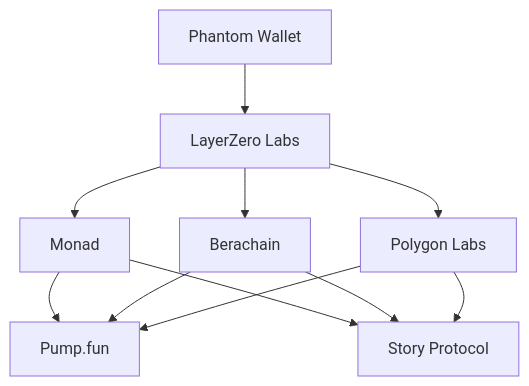
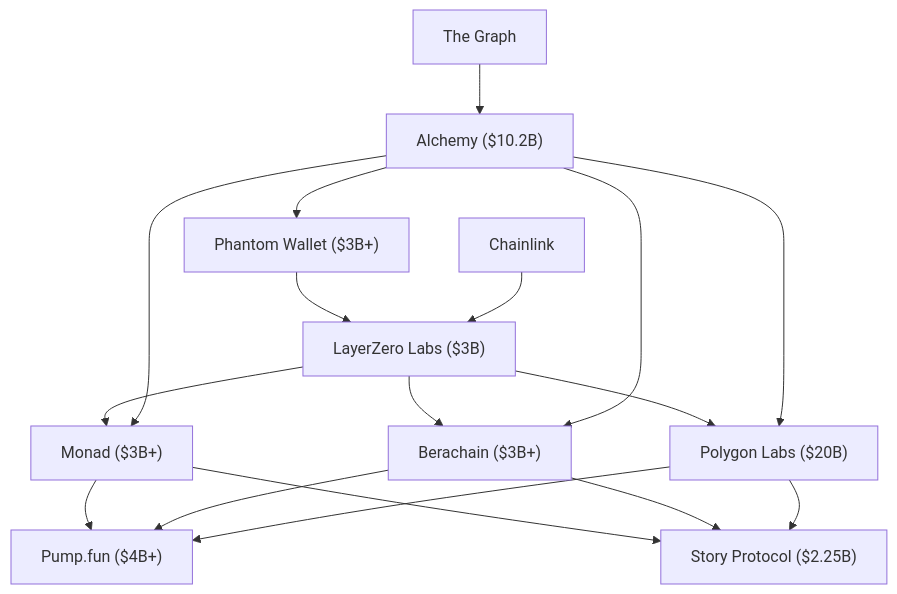
Before and after one commit to allengaller/awesome-startups: the tenth of 10 diagrams in .qoder/repowiki/zh/content/Web3 _ 加密.md, drawn with Mermaid. The commit also changed other lines of this file and 20 other files, not shown here.

````diff
--- a/.qoder/repowiki/zh/content/Web3 _ 加密.md
+++ b/.qoder/repowiki/zh/content/Web3 _ 加密.md
@@ -256,13 +382,19 @@
 ```mermaid
 graph TB
-W["Phantom Wallet"] --> O["LayerZero Labs"]
-O --> L1A["Monad"]
-O --> L1B["Berachain"]
-O --> L2["Polygon Labs"]
-L1A --> APP1["Pump.fun"]
+W["Phantom Wallet ($3B+)"] --> O["LayerZero Labs ($3B)"]
+O --> L1A["Monad ($3B+)"]
+O --> L1B["Berachain ($3B+)"]
+O --> L2["Polygon Labs ($20B)"]
+L1A --> APP1["Pump.fun ($4B+)"]
 L1B --> APP1
 L2 --> APP1
-L1A --> APP2["Story Protocol"]
+L1A --> APP2["Story Protocol ($2.25B)"]
 L1B --> APP2
 L2 --> APP2
+INF["Alchemy ($10.2B)"] --> W
+INF --> L1A
+INF --> L1B
+INF --> L2
+IDX["The Graph"] --> INF
+DATA["Chainlink"] --> O
 ```
````
